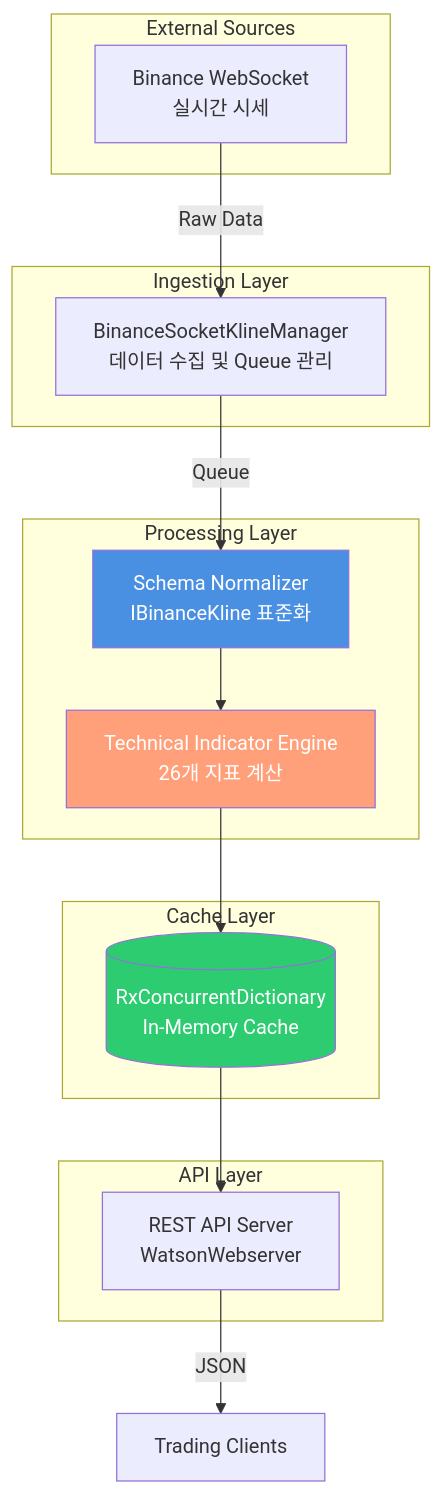
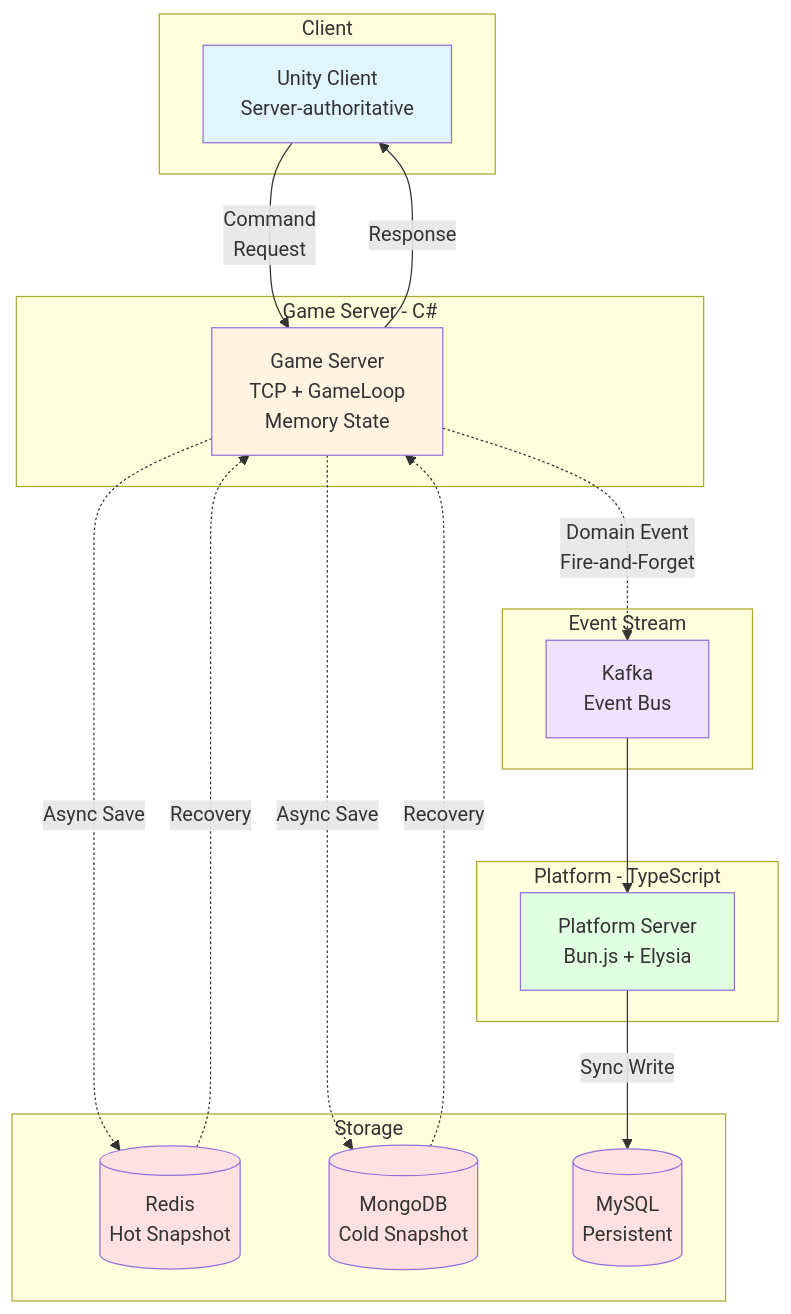
The diagram in README.md (1985jwlee/overview), drawn with Mermaid before and after one commit. The commit also changed other lines of this file, not shown here.

````diff
--- a/README.md
+++ b/README.md
@@ -267,34 +30,42 @@
 ```mermaid
 graph TB
-    subgraph "External Sources"
-        WS[Binance WebSocket<br/>실시간 시세]
+    subgraph "Client"
+        UC[Unity Client<br/>Server-authoritative]
     end
     
-    subgraph "Ingestion Layer"
-        Mgr[BinanceSocketKlineManager<br/>데이터 수집 및 Queue 관리]
+    subgraph "Game Server - C#"
+        GS[Game Server<br/>TCP + GameLoop<br/>Memory State]
     end
     
-    subgraph "Processing Layer"
-        Norm[Schema Normalizer<br/>IBinanceKline 표준화]
-        Calc[Technical Indicator Engine<br/>26개 지표 계산]
+    subgraph "Event Stream"
+        KF[Kafka<br/>Event Bus]
     end
     
-    subgraph "Cache Layer"
-        Cache[(RxConcurrentDictionary<br/>In-Memory Cache)]
+    subgraph "Platform - TypeScript"
+        PS[Platform Server<br/>Bun.js + Elysia]
     end
     
-    subgraph "API Layer"
-        API[REST API Server<br/>WatsonWebserver]
+    subgraph "Storage"
+        RD[(Redis<br/>Hot Snapshot)]
+        MG[(MongoDB<br/>Cold Snapshot)]
+        MY[(MySQL<br/>Persistent)]
     end
     
-    WS -->|Raw Data| Mgr
-    Mgr -->|Queue| Norm
-    Norm --> Calc
-    Calc --> Cache
-    Cache --> API
-    API -->|JSON| Client[Trading Clients]
+    UC -->|Command<br/>Request| GS
+    GS -->|Response| UC
+    GS -.->|Domain Event<br/>Fire-and-Forget| KF
+    KF --> PS
+    PS -->|Sync Write| MY
+    GS -.->|Async Save| RD
+    GS -.->|Async Save| MG
+    RD -.->|Recovery| GS
+    MG -.->|Recovery| GS
     
-    style Norm fill:#4A90E2,color:#fff
-    style Calc fill:#FFA07A,color:#fff
-    style Cache fill:#2ECC71,color:#fff
+    style UC fill:#e1f5ff
+    style GS fill:#fff4e1
+    style KF fill:#f0e1ff
+    style PS fill:#e1ffe1
+    style RD fill:#ffe1e1
+    style MG fill:#ffe1e1
+    style MY fill:#ffe1e1
 ```
````
